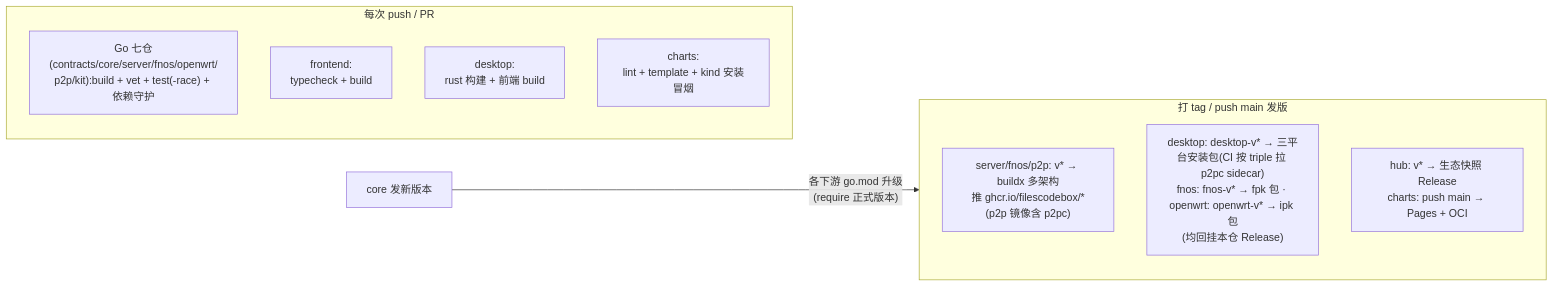
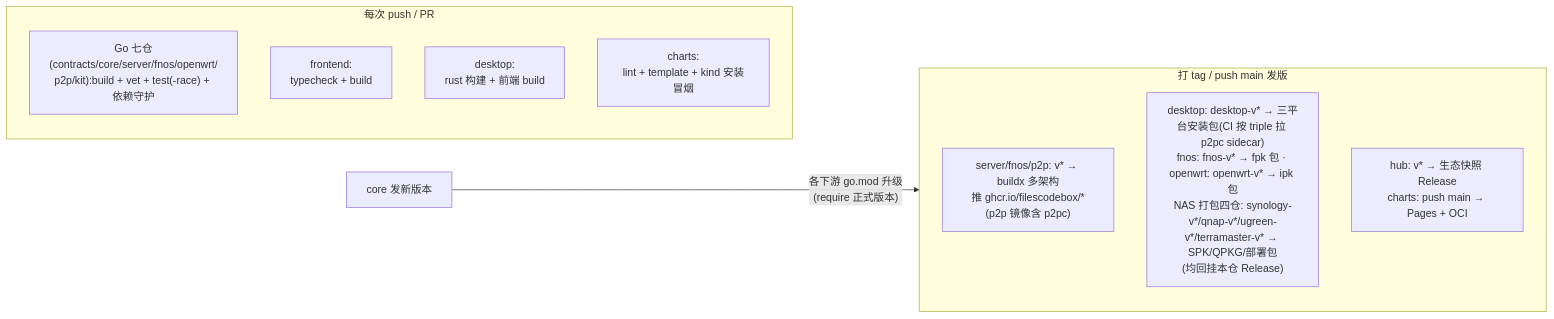
The ninth of 9 diagrams in docs/architecture.md (filescodebox/FilesCodeBox), drawn with Mermaid before and after one commit. The commit also changed other lines of this file and 2 other files, not shown here.

Commit message:
docs: 生态文档纳入 NAS 打包四仓(架构图/版本表/部署形态/发布流水线/scripts·CONTRIBUTING 模块数对齐 12)

````diff
--- a/docs/architecture.md
+++ b/docs/architecture.md
@@ -276,15 +282,15 @@
 ```mermaid
 flowchart LR
     subgraph PR["每次 push / PR"]
         GO["Go 七仓(contracts/core/server/fnos/openwrt/<br/>p2p/kit):build + vet + test(-race) + 依赖守护"]
         FECI["frontend:<br/>typecheck + build"]
         DSK["desktop:<br/>rust 构建 + 前端 build"]
         CHT["charts:<br/>lint + template + kind 安装冒烟"]
     end
     subgraph REL["打 tag / push main 发版"]
         IMG["server/fnos/p2p: v* → buildx 多架构<br/>推 ghcr.io/filescodebox/*(p2p 镜像含 p2pc)"]
-        BIN["desktop: desktop-v* → 三平台安装包(CI 按 triple 拉 p2pc sidecar)<br/>fnos: fnos-v* → fpk 包 · openwrt: openwrt-v* → ipk 包<br/>(均回挂本仓 Release)"]
+        BIN["desktop: desktop-v* → 三平台安装包(CI 按 triple 拉 p2pc sidecar)<br/>fnos: fnos-v* → fpk 包 · openwrt: openwrt-v* → ipk 包<br/>NAS 打包四仓: synology-v*/qnap-v*/ugreen-v*/terramaster-v* → SPK/QPKG/部署包<br/>(均回挂本仓 Release)"]
         PUB["hub: v* → 生态快照 Release<br/>charts: push main → Pages + OCI"]
     end
     COREDEV["core 发新版本"] -->|"各下游 go.mod 升级<br/>(require 正式版本)"| REL
 ```
````
